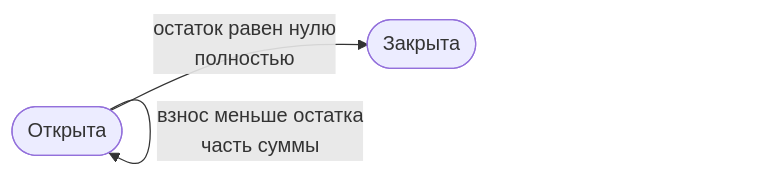
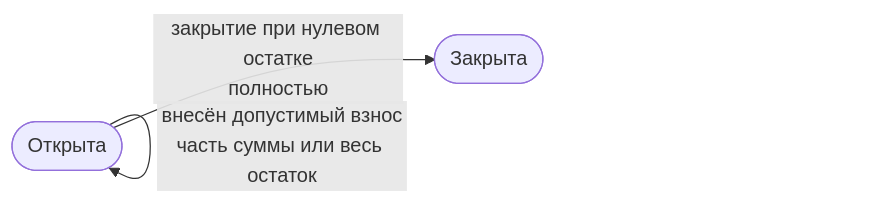
Before and after one commit to EGSP/collection-zarplata: the second of 4 diagrams in docs/accounting-rules.md, drawn with Mermaid. The commit also changed other lines of this file and 20 other files, not shown here.

````diff
--- a/docs/accounting-rules.md
+++ b/docs/accounting-rules.md
@@ -58,8 +86,8 @@
 ```mermaid
 flowchart LR
     open(["Открыта"])
     closed(["Закрыта"])
 
-    open -- "взнос меньше остатка<br/>часть суммы" --> open
-    open -- "остаток равен нулю<br/>полностью" --> closed
+    open -- "внесён допустимый взнос<br/>часть суммы или весь остаток" --> open
+    open -- "закрытие при нулевом остатке<br/>полностью" --> closed
 ```
````
